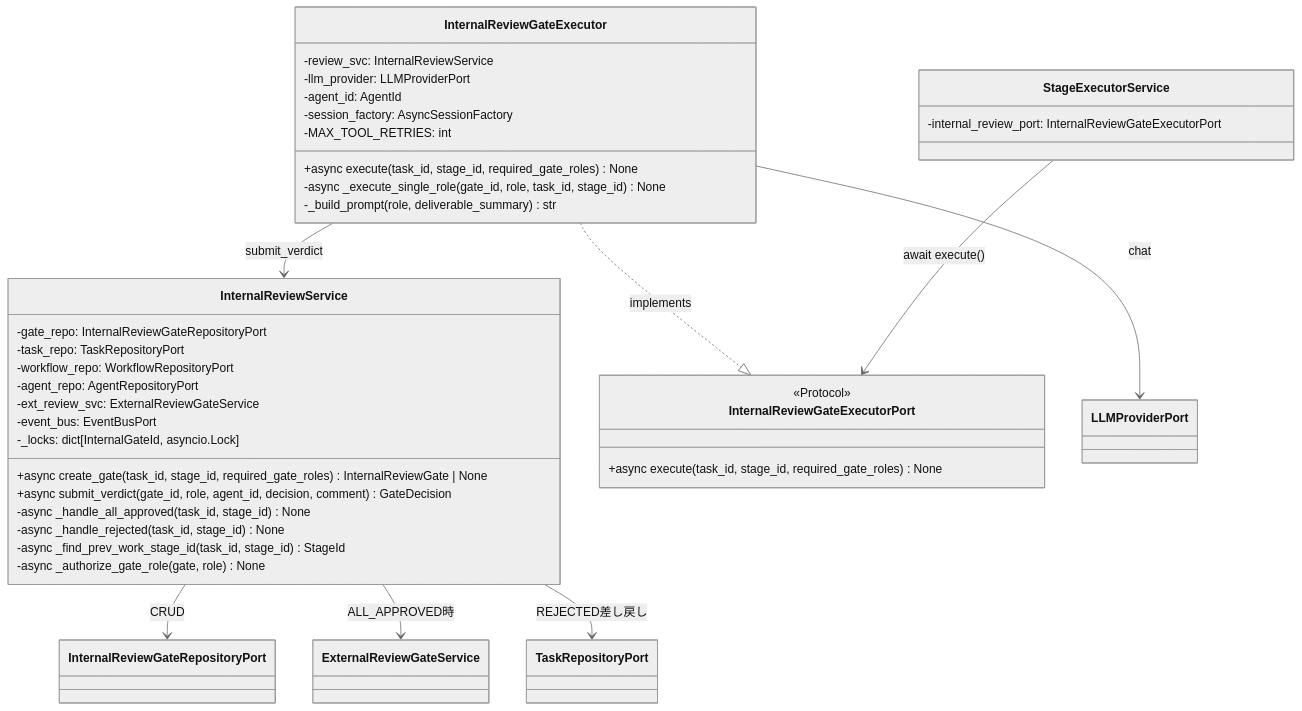
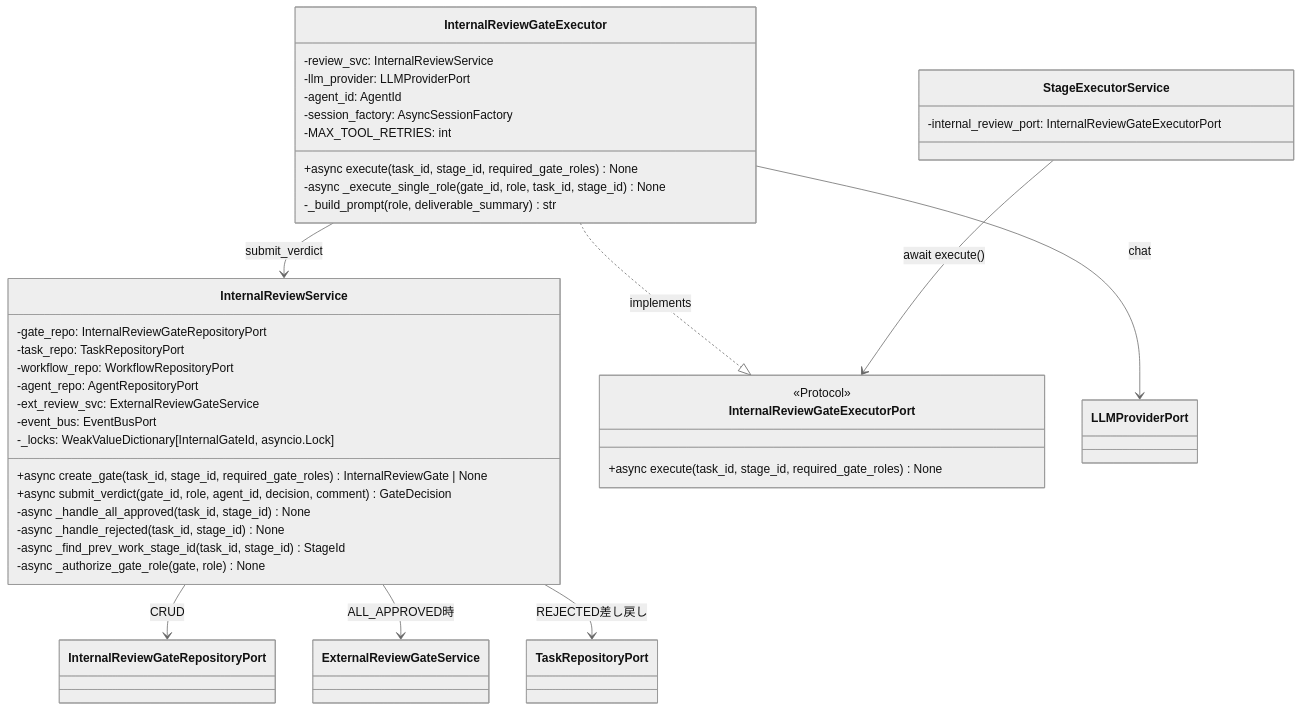
The first of 2 diagrams in docs/features/internal-review-gate/application/basic-design.md (bakufu-dev/bakufu), drawn with Mermaid (neutral theme) before and after one commit. The commit also changed other lines of this file and 3 other files, not shown here.

````diff
--- a/docs/features/internal-review-gate/application/basic-design.md
+++ b/docs/features/internal-review-gate/application/basic-design.md
@@ -88,43 +88,43 @@
 ```mermaid
 classDiagram
     class InternalReviewService {
         -gate_repo: InternalReviewGateRepositoryPort
         -task_repo: TaskRepositoryPort
         -workflow_repo: WorkflowRepositoryPort
         -agent_repo: AgentRepositoryPort
         -ext_review_svc: ExternalReviewGateService
         -event_bus: EventBusPort
-        -_locks: dict[InternalGateId, asyncio.Lock]
+        -_locks: WeakValueDictionary[InternalGateId, asyncio.Lock]
         +async create_gate(task_id, stage_id, required_gate_roles) InternalReviewGate | None
         +async submit_verdict(gate_id, role, agent_id, decision, comment) GateDecision
         -async _handle_all_approved(task_id, stage_id) None
         -async _handle_rejected(task_id, stage_id) None
         -async _find_prev_work_stage_id(task_id, stage_id) StageId
         -async _authorize_gate_role(gate, role) None
     }
     class InternalReviewGateExecutor {
         -review_svc: InternalReviewService
         -llm_provider: LLMProviderPort
         -agent_id: AgentId
         -session_factory: AsyncSessionFactory
         -MAX_TOOL_RETRIES: int
         +async execute(task_id, stage_id, required_gate_roles) None
         -async _execute_single_role(gate_id, role, task_id, stage_id) None
         -_build_prompt(role, deliverable_summary) str
     }
     class InternalReviewGateExecutorPort {
         <<Protocol>>
         +async execute(task_id, stage_id, required_gate_roles) None
     }
     class StageExecutorService {
         -internal_review_port: InternalReviewGateExecutorPort
     }
 
     InternalReviewGateExecutor ..|> InternalReviewGateExecutorPort : implements
     InternalReviewGateExecutor --> InternalReviewService : submit_verdict
     InternalReviewGateExecutor --> LLMProviderPort : chat
     InternalReviewService --> InternalReviewGateRepositoryPort : CRUD
     InternalReviewService --> ExternalReviewGateService : ALL_APPROVED時
     InternalReviewService --> TaskRepositoryPort : REJECTED差し戻し
     StageExecutorService --> InternalReviewGateExecutorPort : await execute()
 ```
````
